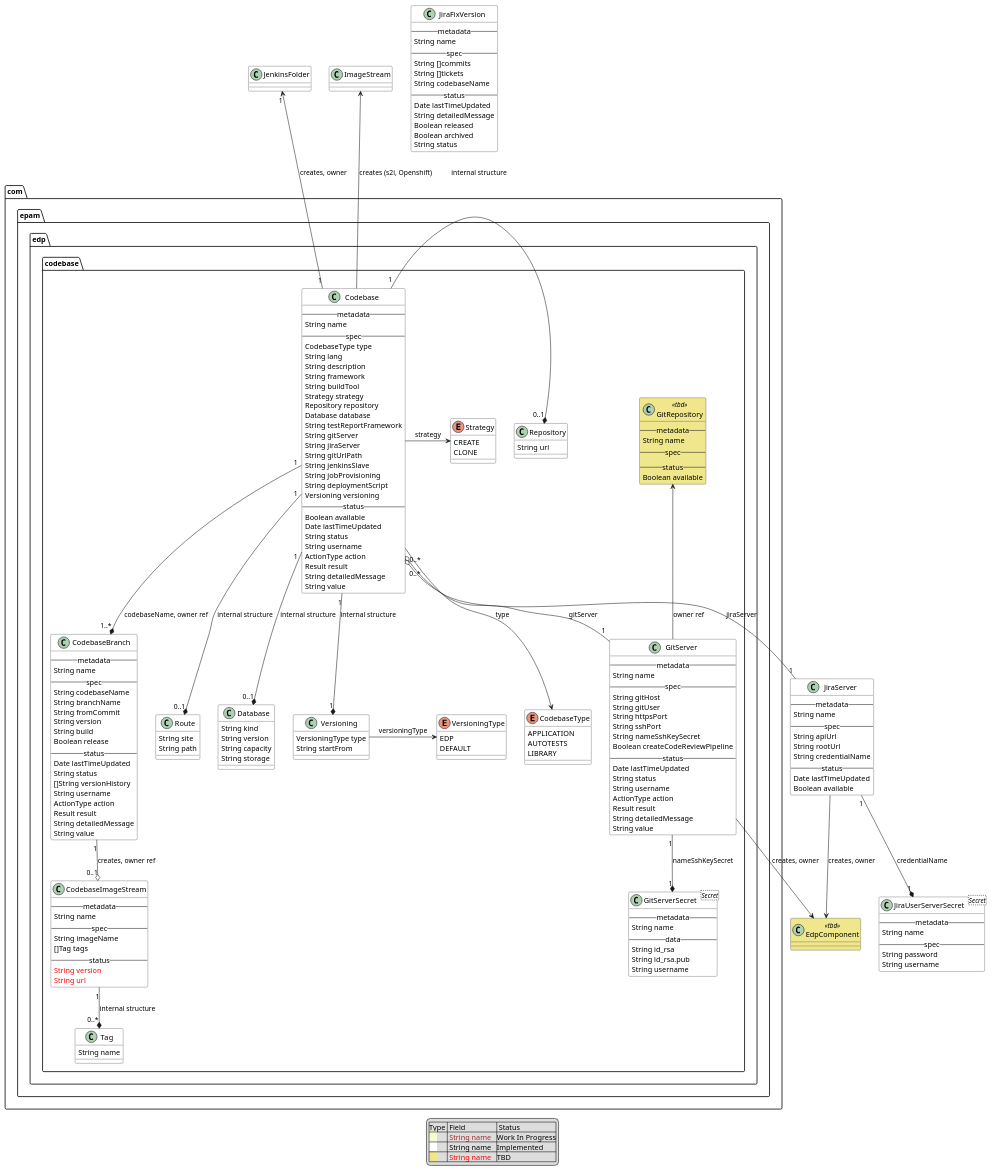
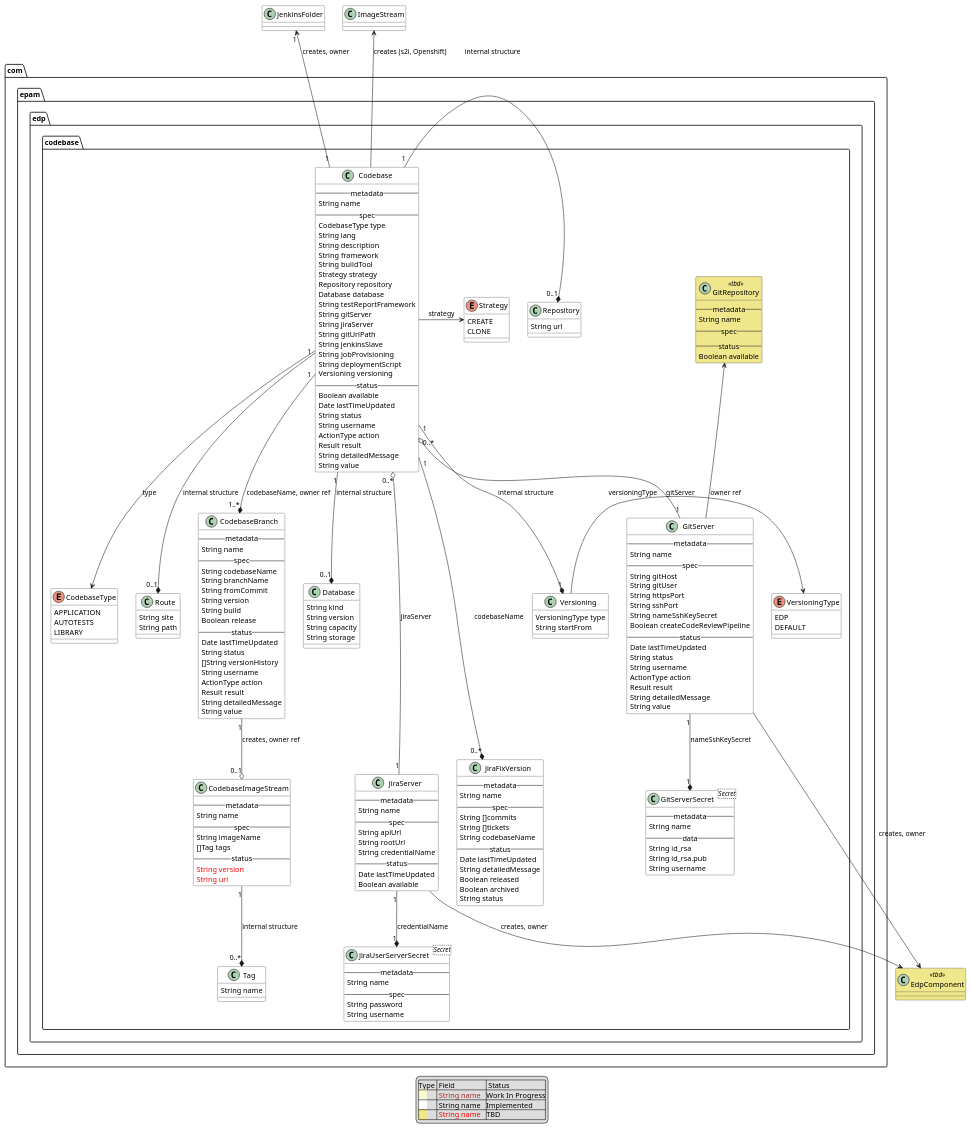
The diagram in documentation/puml/arch.puml (epam/edp-codebase-operator), drawn with PlantUML before and after one commit.

Commit message:
[ARCH] Minor changes in arch diagram

```diff
--- a/documentation/puml/arch.puml
+++ b/documentation/puml/arch.puml
@@ -162,22 +162,36 @@
         Boolean available
   }
 
-}
-
-Codebase "0..*" o-- "1" JiraServer : jiraServer
+  Codebase "0..*" o--- "1" JiraServer : jiraServer
   class JiraServer {
     -- metadata --
-        String name
+    String name
     -- spec --
-        String apiUrl
-        String rootUrl
-        String credentialName
+    String apiUrl
+    String rootUrl
+    String credentialName
     -- status --
-        Date lastTimeUpdated
-        Boolean available
+    Date lastTimeUpdated
+    Boolean available
   }
 
-JiraServer "1" --* "1" JiraUserServerSecret : credentialName
+  Codebase "1" ---* "0..*" JiraFixVersion : codebaseName
+  class JiraFixVersion {
+    -- metadata --
+    String name
+    -- spec --
+    String []commits
+    String []tickets
+    String codebaseName
+    -- status --
+    Date lastTimeUpdated
+    String detailedMessage
+    Boolean released
+    Boolean archived
+    String status
+    }
+
+  JiraServer "1" --* "1" JiraUserServerSecret : credentialName
   class JiraUserServerSecret <Secret> {
     -- metadata --
        String name
@@ -185,21 +199,7 @@
        String password
        String username
   }
-
-  class JiraFixVersion {
-    -- metadata --
-        String name
-    -- spec --
-        String []commits
-        String []tickets
-        String codebaseName
-    -- status --
-        Date lastTimeUpdated
-        String detailedMessage
-        Boolean released
-        Boolean archived
-        String status
-  }
+}
 
 class EdpComponent <<tbd>> {
 }
```
